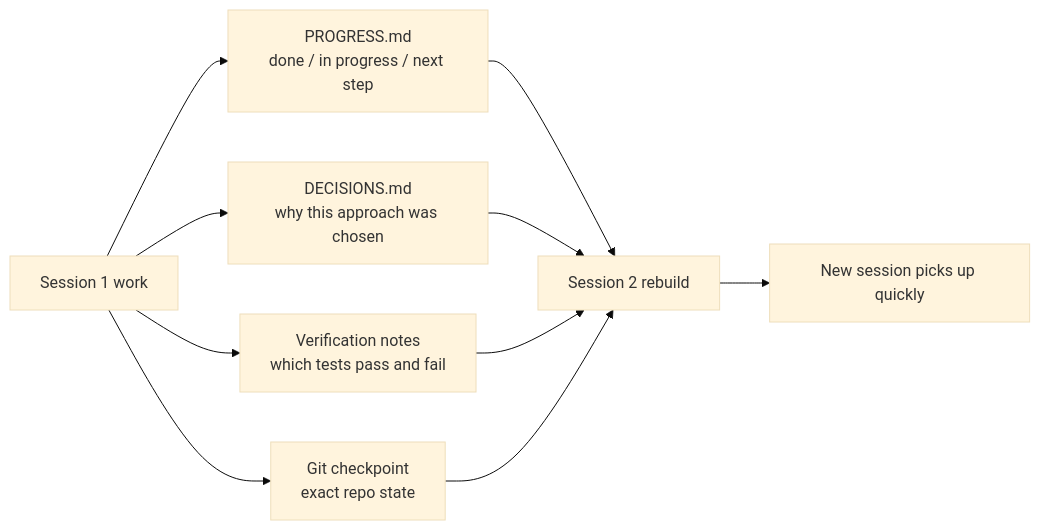
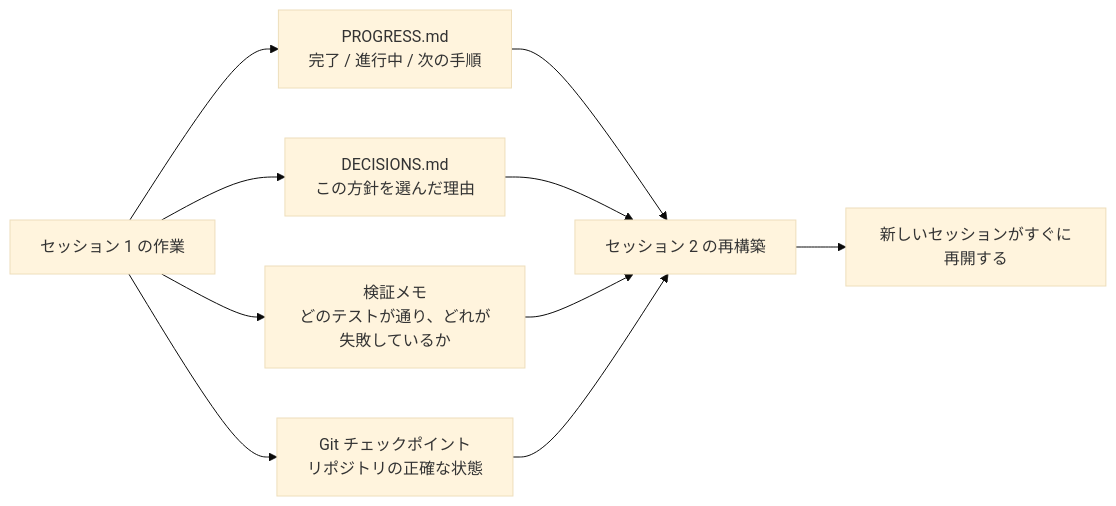
Before and after one commit to mkusaka/learn-harness-engineering: the second of 2 diagrams in docs/en/lectures/lecture-05-why-long-running-tasks-lose-continuity/index.md, drawn with Mermaid (base theme). The commit also changed other lines of this file and 571 other files, not shown here.

````diff
--- a/docs/en/lectures/lecture-05-why-long-running-tasks-lose-continuity/index.md
+++ b/docs/en/lectures/lecture-05-why-long-running-tasks-lose-continuity/index.md
@@ -36,14 +36,14 @@
 ```mermaid
 flowchart LR
-    Work["Session 1 work"] --> Progress["PROGRESS.md<br/>done / in progress / next step"]
-    Work --> Decisions["DECISIONS.md<br/>why this approach was chosen"]
-    Work --> Verify["Verification notes<br/>which tests pass and fail"]
-    Work --> Commit["Git checkpoint<br/>exact repo state"]
+    Work["セッション 1 の作業"] --> Progress["PROGRESS.md<br/>完了 / 進行中 / 次の手順"]
+    Work --> Decisions["DECISIONS.md<br/>この方針を選んだ理由"]
+    Work --> Verify["検証メモ<br/>どのテストが通り、どれが失敗しているか"]
+    Work --> Commit["Git チェックポイント<br/>リポジトリの正確な状態"]
 
-    Progress --> Rebuild["Session 2 rebuild"]
+    Progress --> Rebuild["セッション 2 の再構築"]
     Decisions --> Rebuild
     Verify --> Rebuild
     Commit --> Rebuild
 
-    Rebuild --> Resume["New session picks up quickly"]
+    Rebuild --> Resume["新しいセッションがすぐに再開する"]
 ```
````
